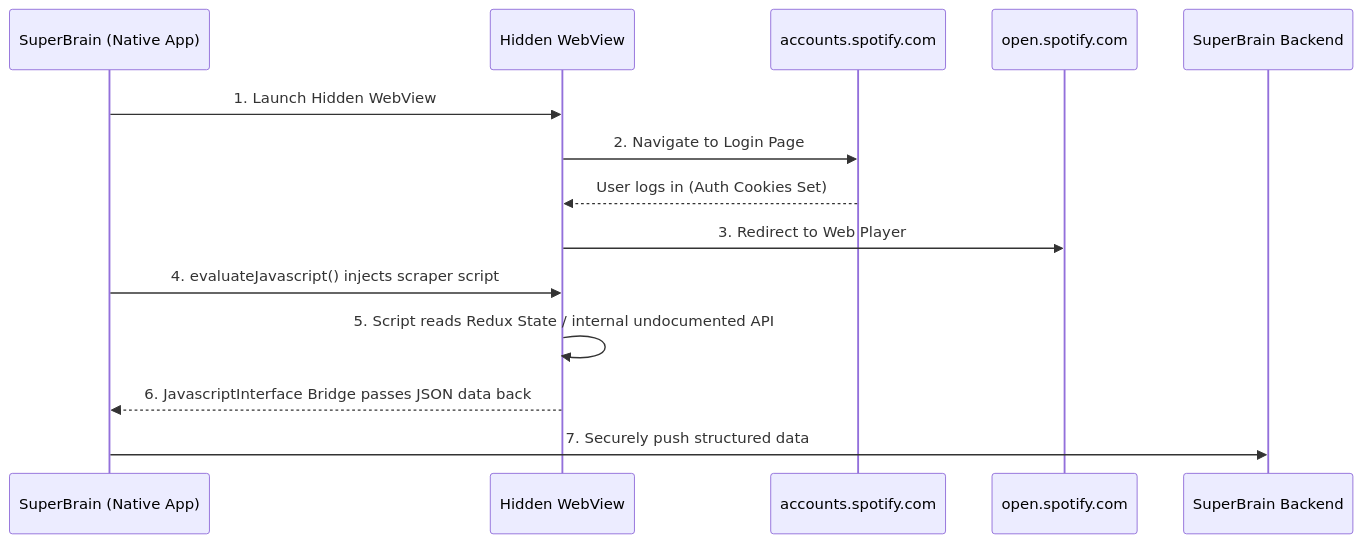
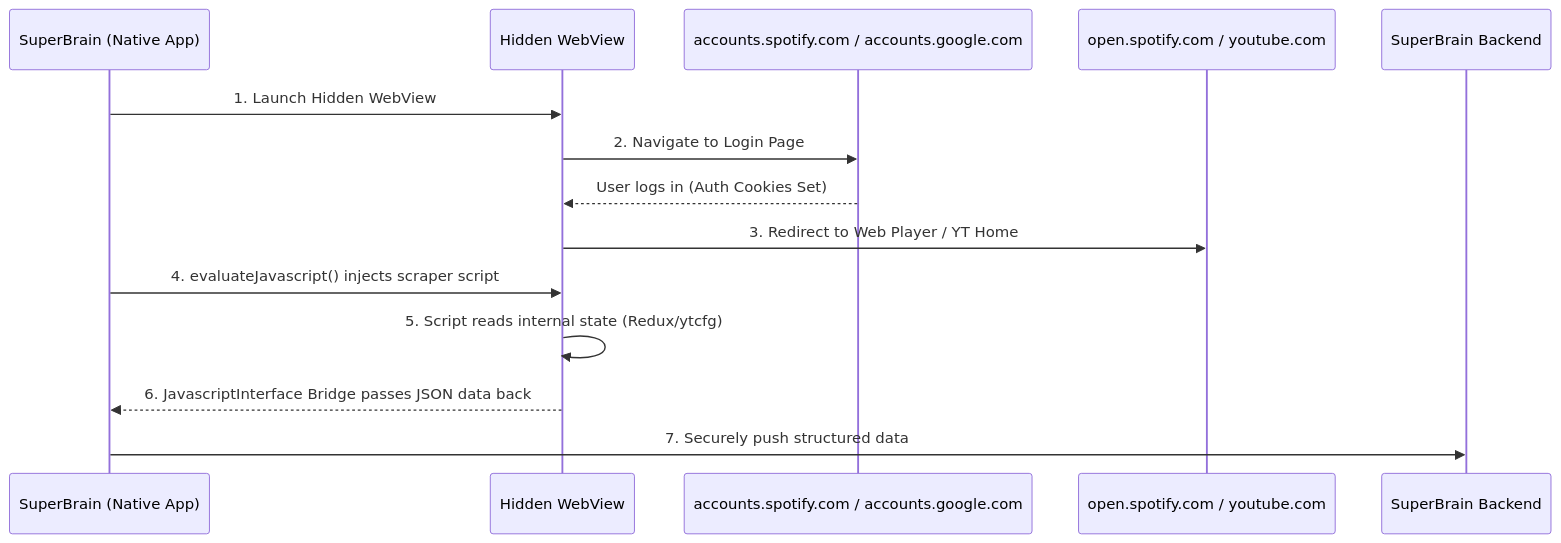
The second of 2 diagrams in README.md (sidinsearch/outside-in), drawn with Mermaid before and after one commit. The commit also changed other lines of this file and 1 other file, not shown here.

Commit message:
fix: restore syntax after broken python replacement and update diagrams to include youtube oauth and webview injection steps

````diff
--- a/README.md
+++ b/README.md
@@ -46,17 +56,17 @@
 ```mermaid
 sequenceDiagram
     participant App as SuperBrain (Native App)
     participant Web as Hidden WebView
-    participant SpotAuth as accounts.spotify.com
-    participant SpotApp as open.spotify.com
+    participant Auth as accounts.spotify.com / accounts.google.com
+    participant Platform as open.spotify.com / youtube.com
     participant DB as SuperBrain Backend
 
     App->>Web: 1. Launch Hidden WebView
-    Web->>SpotAuth: 2. Navigate to Login Page
-    SpotAuth-->>Web: User logs in (Auth Cookies Set)
-    Web->>SpotApp: 3. Redirect to Web Player
+    Web->>Auth: 2. Navigate to Login Page
+    Auth-->>Web: User logs in (Auth Cookies Set)
+    Web->>Platform: 3. Redirect to Web Player / YT Home
     App->>Web: 4. evaluateJavascript() injects scraper script
-    Web->>Web: 5. Script reads Redux State / internal undocumented API
+    Web->>Web: 5. Script reads internal state (Redux/ytcfg)
     Web-->>App: 6. JavascriptInterface Bridge passes JSON data back
     App->>DB: 7. Securely push structured data
 ```
````
